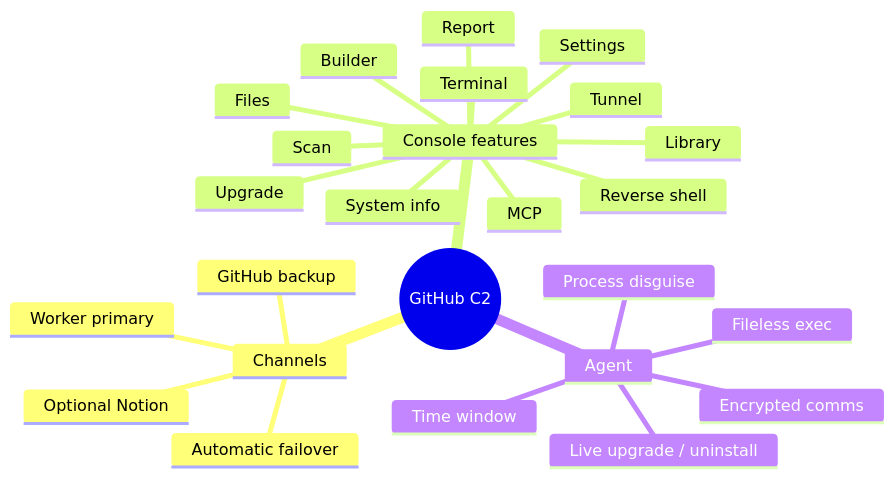
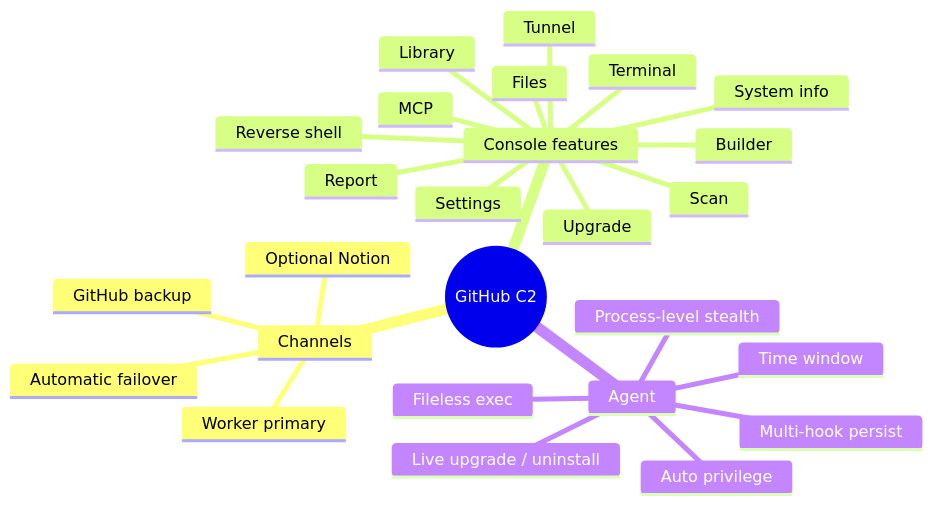
One commit to Kxiandaoyan/github-C2 changed the second of 2 diagrams in README_EN.md. Above: the diagram before and after it, drawn with Mermaid. The commit also changed other lines of this file and 1 other file, not shown here.

Commit message:
Document auto-escalate, stealth, stability, and pain points.

````diff
--- a/README_EN.md
+++ b/README_EN.md
@@ -52,28 +118,29 @@
 ```mermaid
 mindmap
   root((GitHub C2))
     Channels
       Worker primary
       GitHub backup
       Optional Notion
       Automatic failover
     Console features
       Terminal
       Reverse shell
       Files
       Tunnel
       Scan
       System info
       Library
       Report
       Upgrade
       Builder
       MCP
       Settings
     Agent
-      Encrypted comms
+      Auto privilege
+      Process-level stealth
+      Multi-hook persist
       Time window
-      Process disguise
       Fileless exec
       Live upgrade / uninstall
 ```
````
